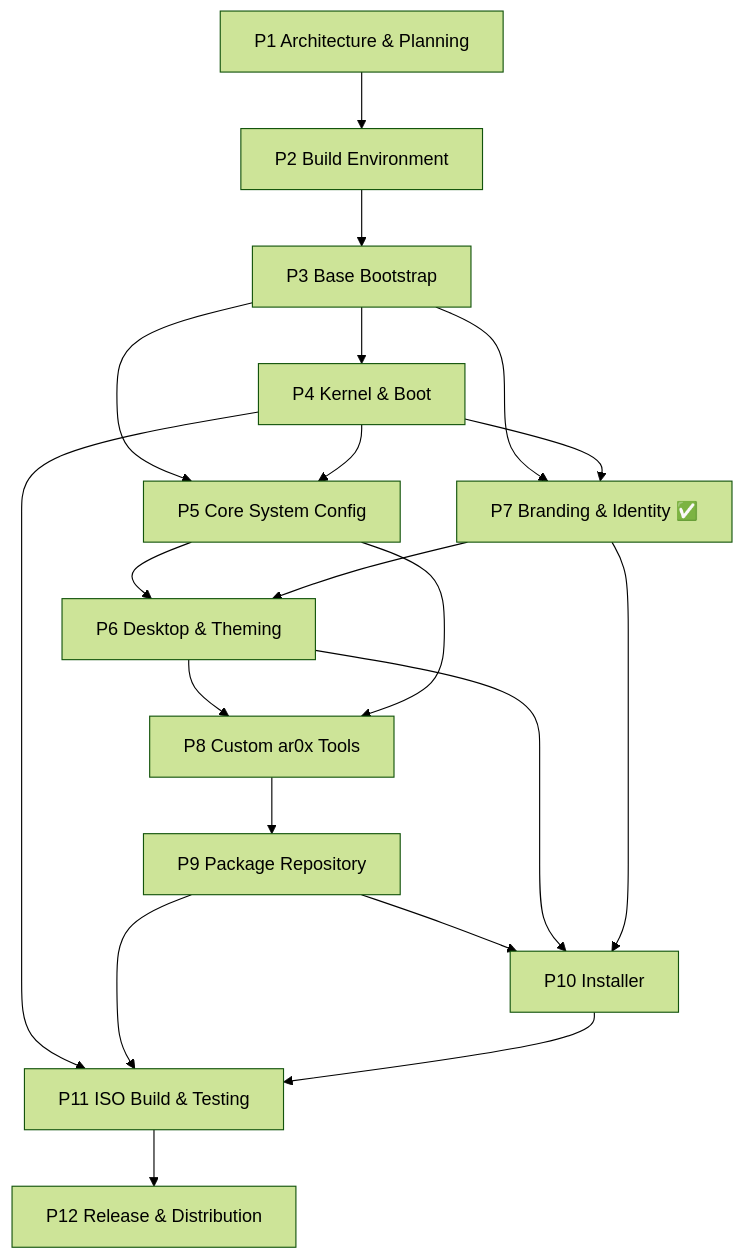
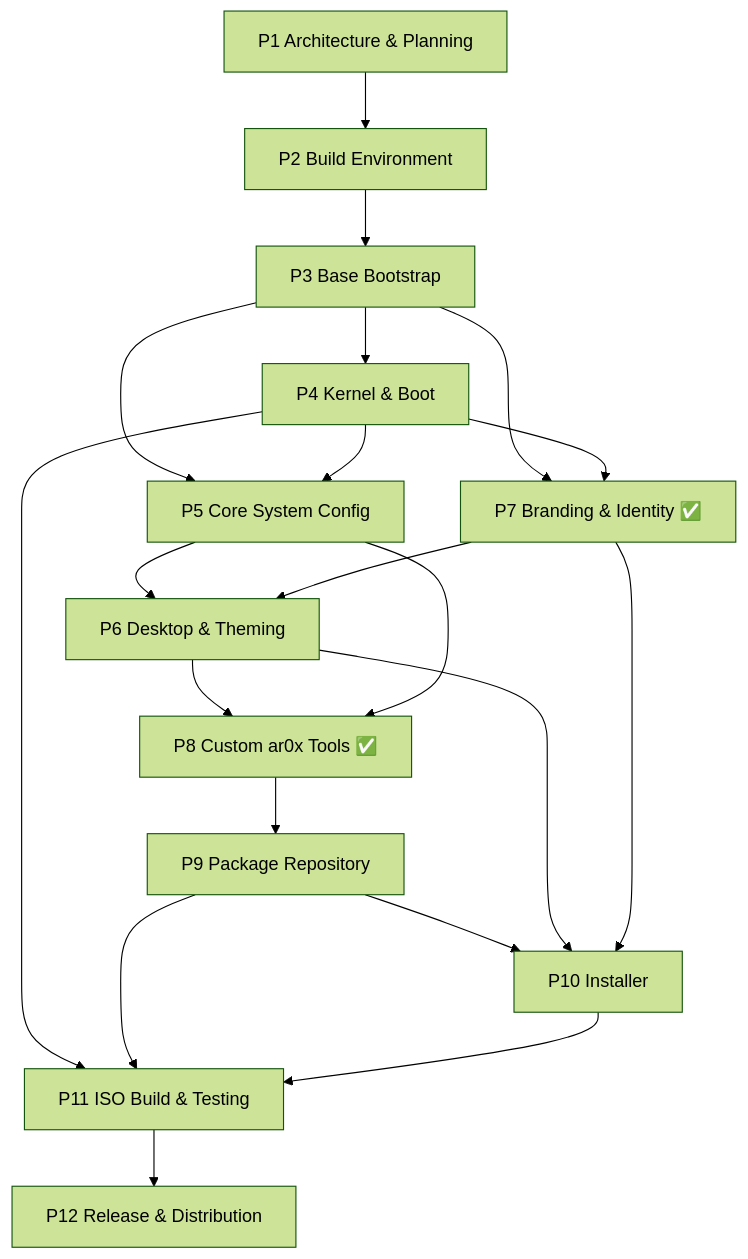
The diagram in PROJECT_PLAN.md (ar0x1/ar0xOS), drawn with Mermaid (forest theme) before and after one commit. The commit also changed other lines of this file and 46 other files, not shown here.

````diff
--- a/PROJECT_PLAN.md
+++ b/PROJECT_PLAN.md
@@ -434,22 +445,22 @@
 ```mermaid
 flowchart TD
     P1["P1 Architecture &amp; Planning"] --> P2["P2 Build Environment"]
     P2 --> P3["P3 Base Bootstrap"]
     P3 --> P4["P4 Kernel &amp; Boot"]
     P3 --> P5["P5 Core System Config"]
     P4 --> P5
     P5 --> P6["P6 Desktop &amp; Theming"]
     P3 --> P7["P7 Branding &amp; Identity ✅"]
     P4 --> P7
     P7 --> P6
-    P6 --> P8["P8 Custom ar0x Tools"]
+    P6 --> P8["P8 Custom ar0x Tools ✅"]
     P5 --> P8
     P8 --> P9["P9 Package Repository"]
     P9 --> P10["P10 Installer"]
     P6 --> P10
     P7 --> P10
     P4 --> P11["P11 ISO Build &amp; Testing"]
     P9 --> P11
     P10 --> P11
     P11 --> P12["P12 Release &amp; Distribution"]
 ```
````
